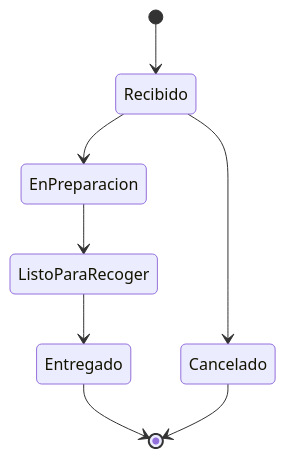
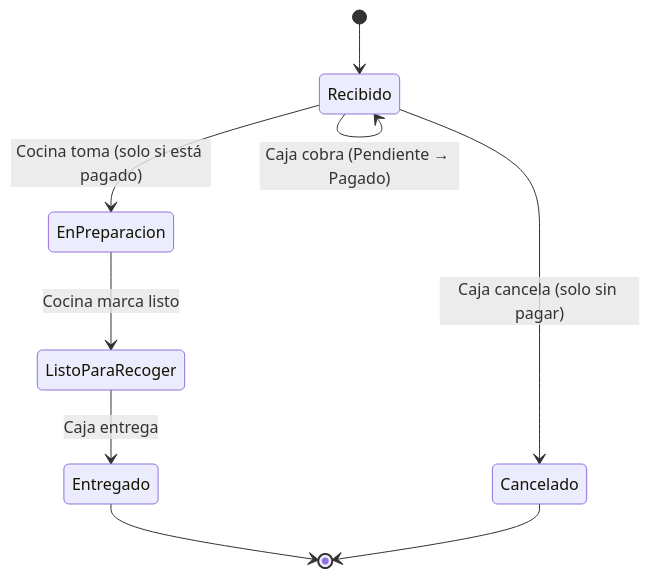
The second of 2 diagrams in design.md (luis-angel-gelvez-delgado/cafe-aroma), drawn with Mermaid before and after one commit. The commit also changed other lines of this file and 17 other files, not shown here.

Commit message:
Flujo caja/cocina: se cobra antes de preparar

````diff
--- a/design.md
+++ b/design.md
@@ -59,10 +59,11 @@
 ```mermaid
 stateDiagram-v2
     [*] --> Recibido
-    Recibido --> EnPreparacion
-    EnPreparacion --> ListoParaRecoger
-    ListoParaRecoger --> Entregado
-    Recibido --> Cancelado
+    Recibido --> Recibido : Caja cobra (Pendiente → Pagado)
+    Recibido --> EnPreparacion : Cocina toma (solo si está pagado)
+    EnPreparacion --> ListoParaRecoger : Cocina marca listo
+    ListoParaRecoger --> Entregado : Caja entrega
+    Recibido --> Cancelado : Caja cancela (solo sin pagar)
     Entregado --> [*]
     Cancelado --> [*]
 ```
````
